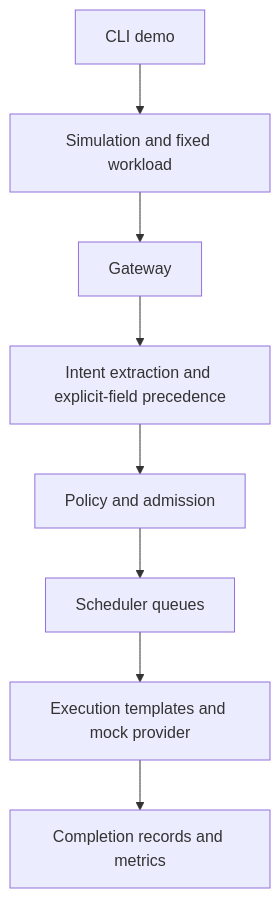
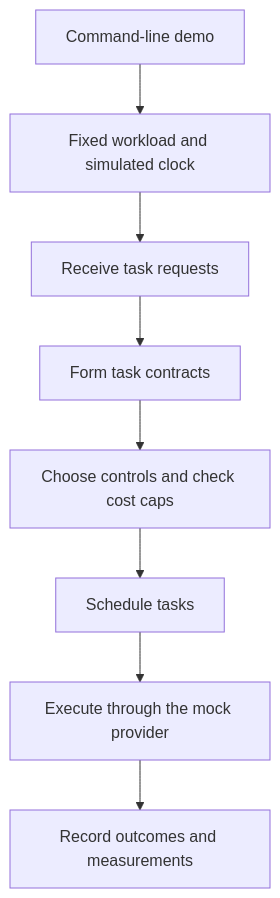
One commit to dl423/intent-aware-scheduling-prototype changed the diagram in docs/architecture.md. Above: the diagram before and after it, drawn with Mermaid. The commit also changed other lines of this file and 9 other files, not shown here.

````diff
--- a/docs/architecture.md
+++ b/docs/architecture.md
@@ -3,10 +5,10 @@
 ```mermaid
 flowchart TD
-    CLI[CLI demo] --> Simulation[Simulation and fixed workload]
-    Simulation --> Gateway[Gateway]
-    Gateway --> Intent[Intent extraction and explicit-field precedence]
-    Intent --> Policy[Policy and admission]
-    Policy --> Queue[Scheduler queues]
-    Queue --> Execution[Execution templates and mock provider]
-    Execution --> Results[Completion records and metrics]
+    CLI[Command-line demo] --> Simulation[Fixed workload and simulated clock]
+    Simulation --> Gateway[Receive task requests]
+    Gateway --> Intent[Form task contracts]
+    Intent --> Policy[Choose controls and check cost caps]
+    Policy --> Queue[Schedule tasks]
+    Queue --> Execution[Execute through the mock provider]
+    Execution --> Results[Record outcomes and measurements]
 ```
````
